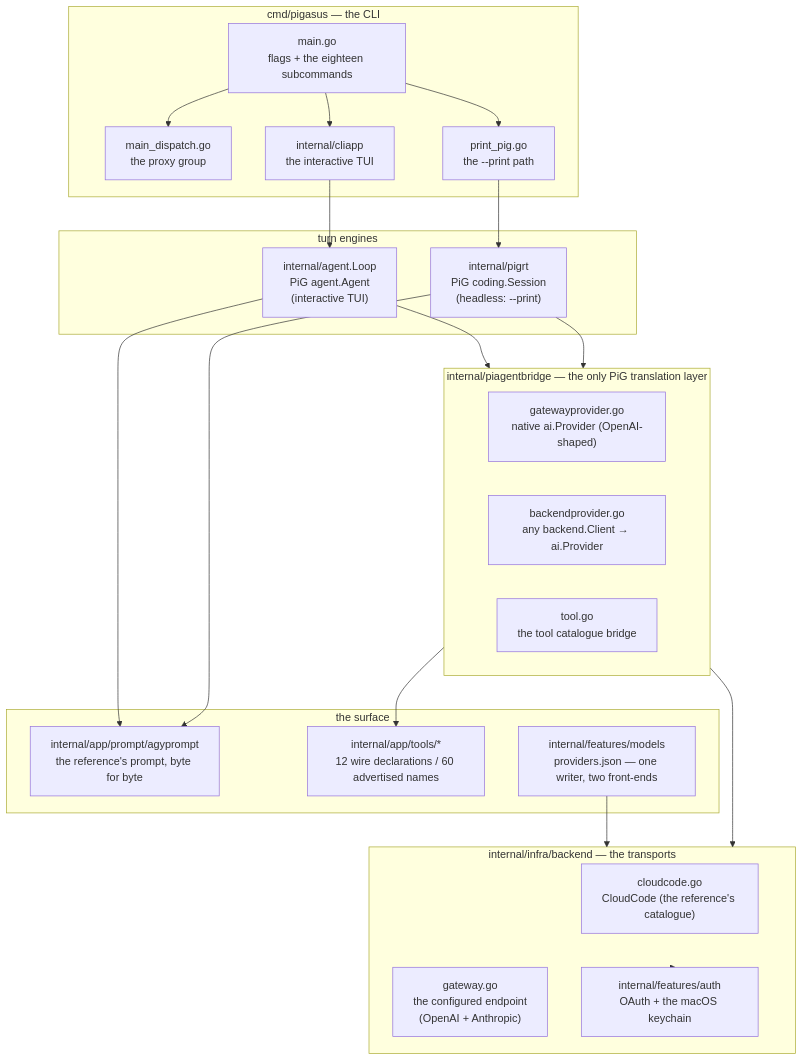
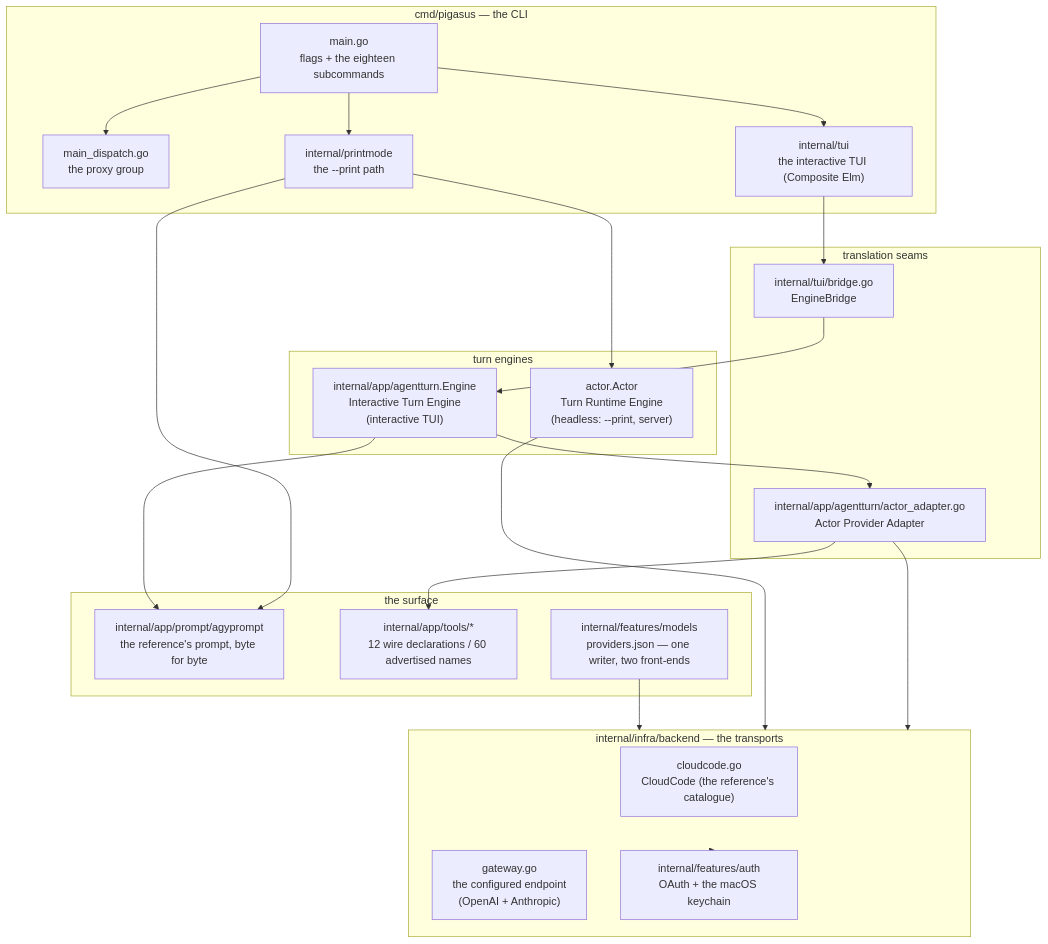
Before and after one commit to justwasm/pigasus: the diagram in docs/guide/architecture.md, drawn with Mermaid. The commit also changed other lines of this file and 126 other files, not shown here.

````diff
--- a/docs/guide/architecture.md
+++ b/docs/guide/architecture.md
@@ -12,46 +12,46 @@
 ```mermaid
 flowchart TB
     subgraph CLI["cmd/pigasus — the CLI"]
         main["main.go<br/>flags + the eighteen subcommands"]
         dispatch["main_dispatch.go<br/>the proxy group"]
-        print["print_pig.go<br/>the --print path"]
-        tui["internal/cliapp<br/>the interactive TUI"]
+        print["internal/printmode<br/>the --print path"]
+        tui["internal/tui<br/>the interactive TUI (Composite Elm)"]
     end
 
     subgraph Engines["turn engines"]
-        pigrt["internal/pigrt<br/>PiG coding.Session<br/>(headless: --print)"]
-        agentloop["internal/agent.Loop<br/>PiG agent.Agent<br/>(interactive TUI)"]
+        actor["actor.Actor<br/>Turn Runtime Engine<br/>(headless: --print, server)"]
+        agentloop["internal/app/agentturn.Engine<br/>Interactive Turn Engine<br/>(interactive TUI)"]
     end
 
-    subgraph Bridge["internal/piagentbridge — the only PiG translation layer"]
-        native["gatewayprovider.go<br/>native ai.Provider (OpenAI-shaped)"]
-        gen["backendprovider.go<br/>any backend.Client → ai.Provider"]
-        tools["tool.go<br/>the tool catalogue bridge"]
+    subgraph SurfaceSeams["translation seams"]
+        bridge["internal/tui/bridge.go<br/>EngineBridge"]
+        adapter["internal/app/agentturn/actor_adapter.go<br/>Actor Provider Adapter"]
     end
 
     subgraph Backend["internal/infra/backend — the transports"]
         cc["cloudcode.go<br/>CloudCode (the reference's catalogue)"]
         gw["gateway.go<br/>the configured endpoint<br/>(OpenAI + Anthropic)"]
         auth["internal/features/auth<br/>OAuth + the macOS keychain"]
     end
 
     subgraph Surface["the surface"]
         prompt["internal/app/prompt/agyprompt<br/>the reference's prompt, byte for byte"]
         toolcat["internal/app/tools/*<br/>12 wire declarations / 60 advertised names"]
         cfg["internal/features/models<br/>providers.json — one writer, two front-ends"]
     end
 
     main --> dispatch
     main --> print
     main --> tui
-    print --> pigrt
-    tui --> agentloop
-    pigrt --> Bridge
-    agentloop --> Bridge
-    Bridge --> Backend
-    pigrt --> prompt
+    print --> actor
+    tui --> bridge
+    bridge --> agentloop
+    agentloop --> adapter
+    adapter --> Backend
+    actor --> Backend
+    print --> prompt
     agentloop --> prompt
-    Bridge --> toolcat
+    adapter --> toolcat
     cfg --> Backend
     Backend --> auth
 ```
````
